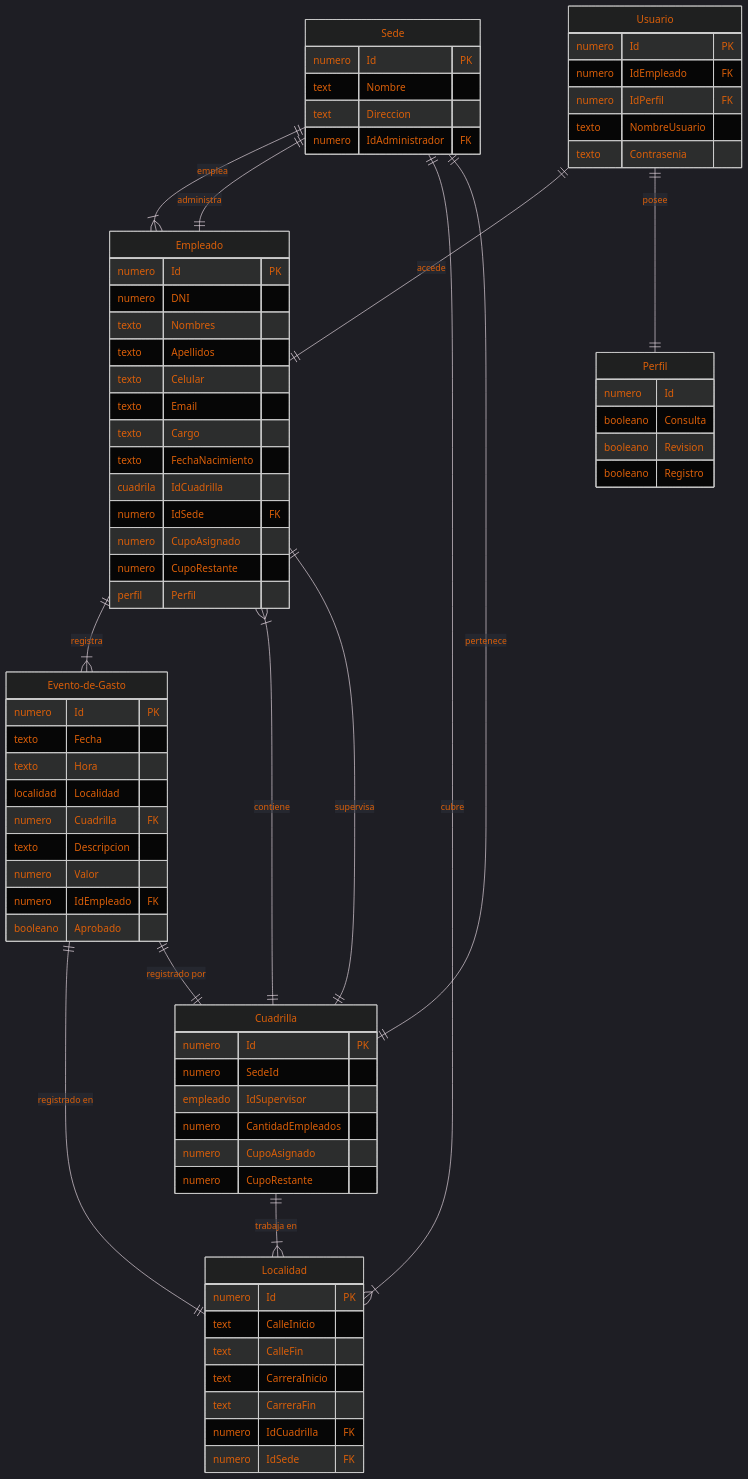
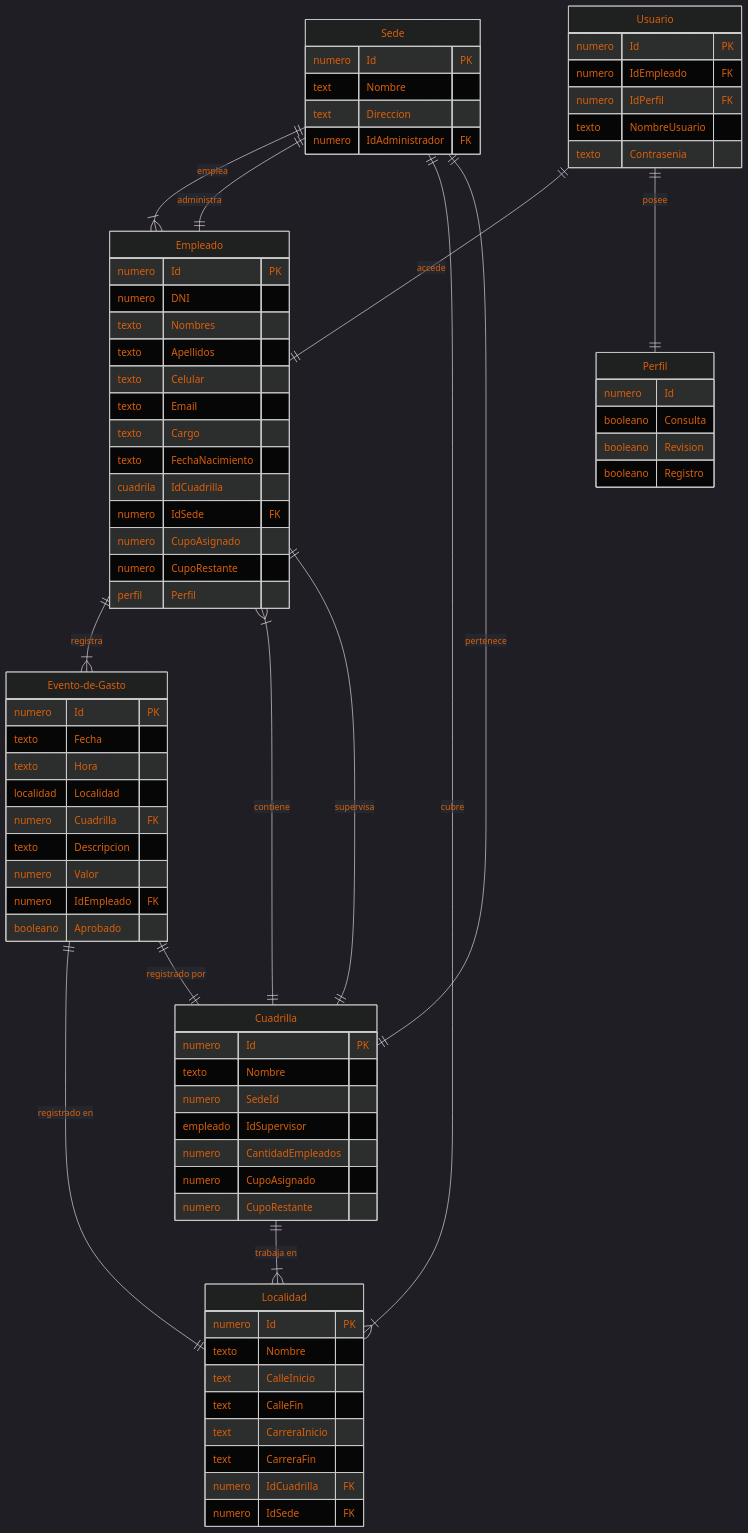
Before and after one commit to sfelipehh/ProgramacionAplicada: the third of 3 diagrams in README.md, drawn with Mermaid.

```diff
--- a/README.md
+++ b/README.md
@@ -135,6 +135,7 @@
     
     Localidad {
         numero Id PK
+        texto Nombre
         text CalleInicio
         text CalleFin
         text CarreraInicio
@@ -145,6 +146,7 @@
     
     Cuadrilla {
         numero Id PK
+        texto Nombre
         numero SedeId
         empleado IdSupervisor
         numero CantidadEmpleados
```
